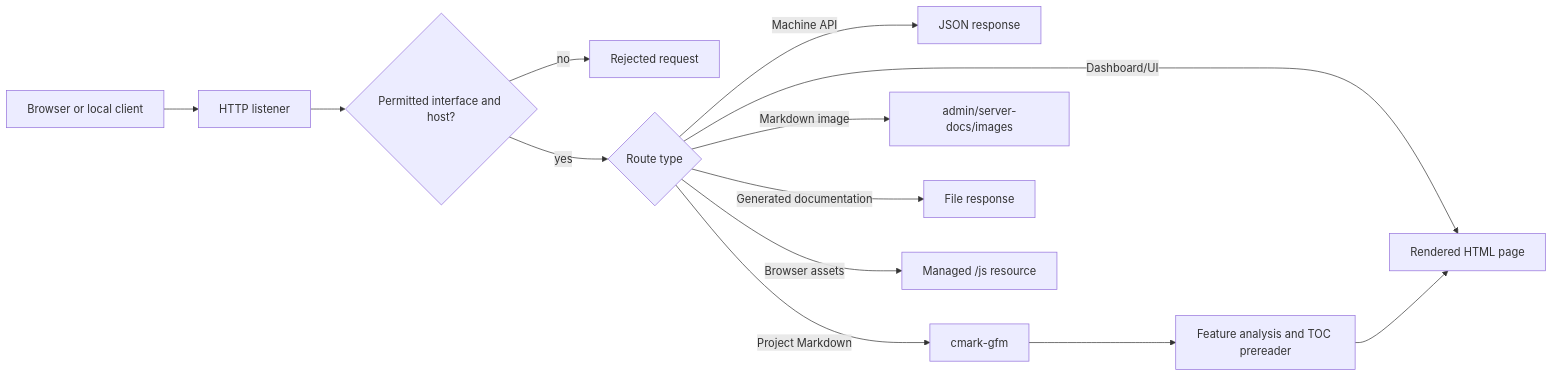
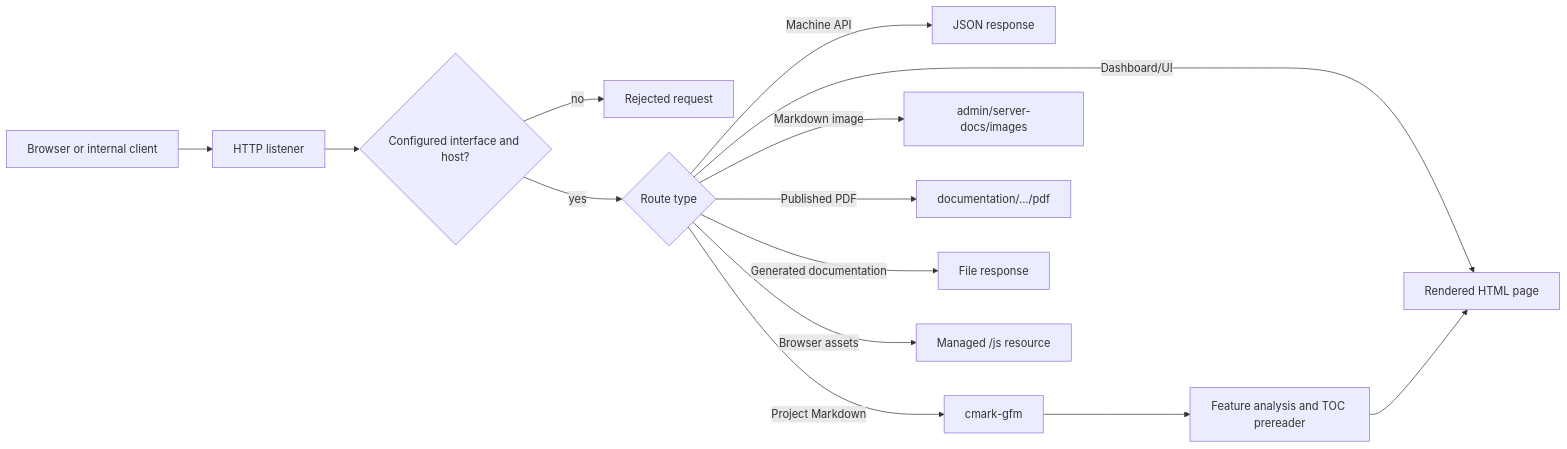
One commit to adeccscholar/BuildEngine-Admin changed the second of 3 diagrams in admin/server-docs/server.md. Above: the diagram before and after it, drawn with Mermaid. The commit also changed other lines of this file, not shown here.

Commit message:
Document central server endpoint, repository truth and PDF delivery

````diff
--- a/admin/server-docs/server.md
+++ b/admin/server-docs/server.md
@@ -62,15 +116,16 @@
 ```mermaid
 flowchart LR
-   B[Browser or local client] --> H[HTTP listener]
-   H --> V{Permitted interface and host?}
+   B[Browser or internal client] --> H[HTTP listener]
+   H --> V{Configured interface and host?}
    V -- no --> F[Rejected request]
    V -- yes --> R{Route type}
    R -->|Machine API| J[JSON response]
    R -->|Dashboard/UI| P[Rendered HTML page]
    R -->|Project Markdown| M[cmark-gfm]
    M --> A[Feature analysis and TOC prereader]
    A --> P
    R -->|Markdown image| I[admin/server-docs/images]
+   R -->|Published PDF| PDF[documentation/.../pdf]
    R -->|Generated documentation| S[File response]
    R -->|Browser assets| W[Managed /js resource]
 ```
````
